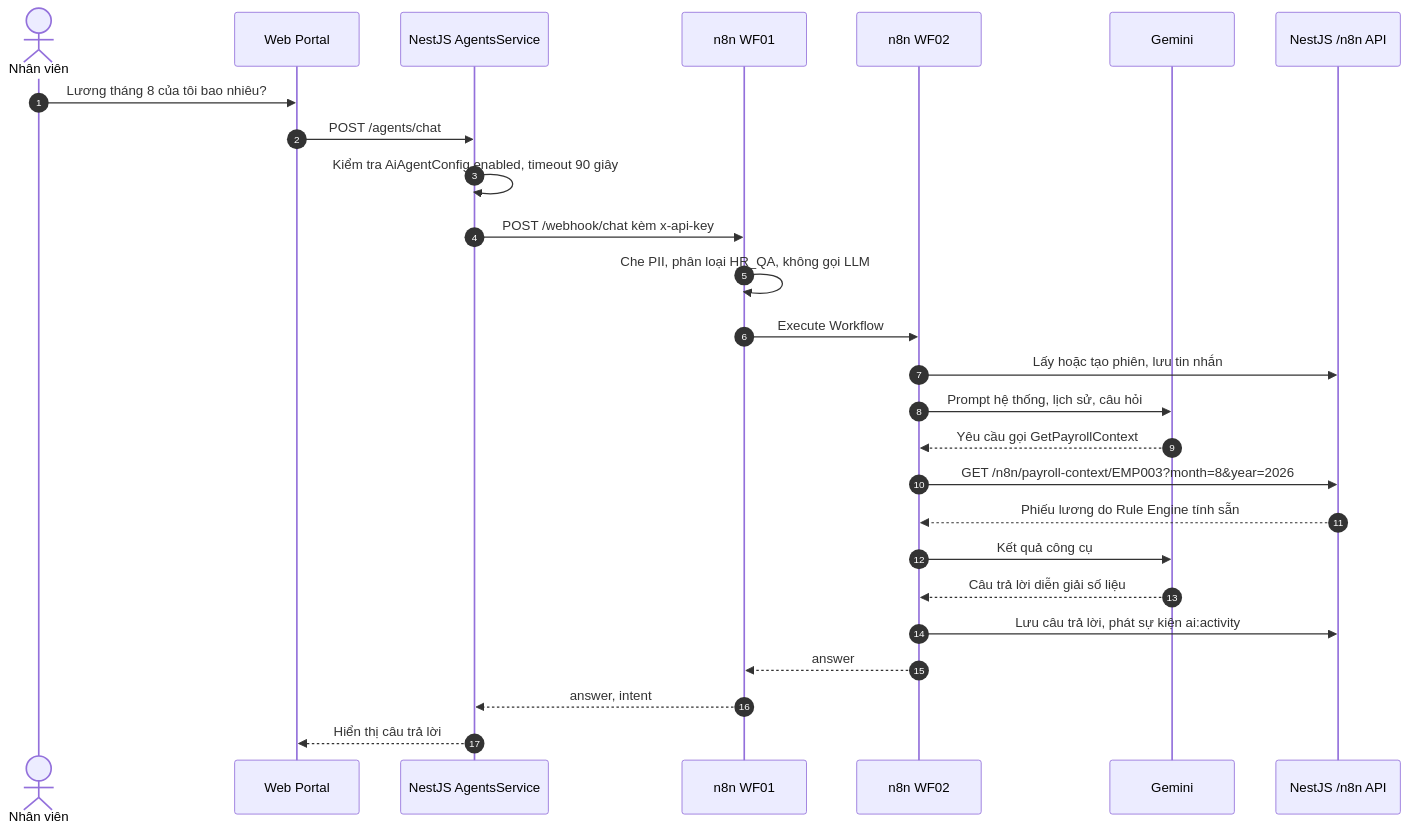
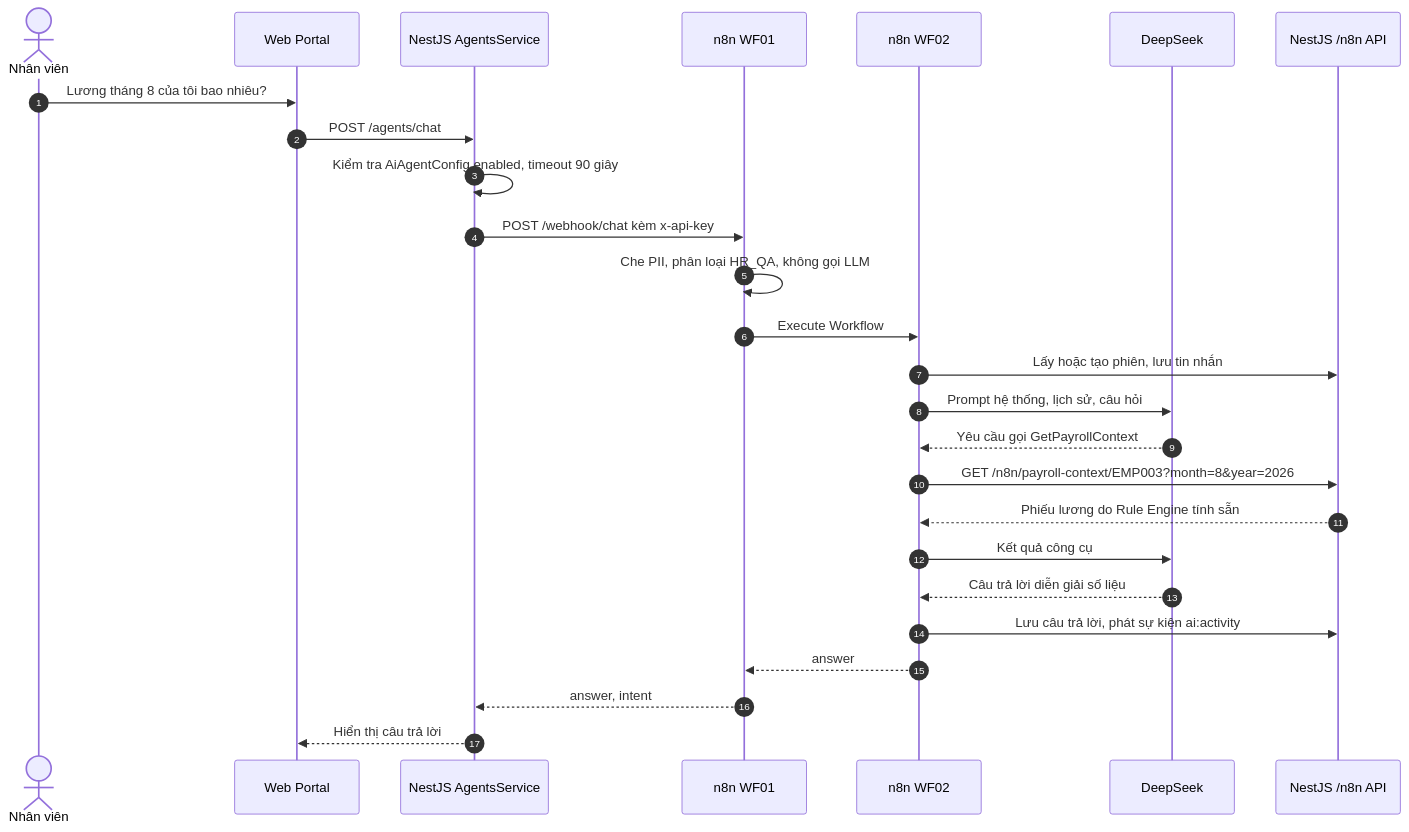
The diagram in docs/diagrams/H4-07-hr-chat.mmd (NguyenDang182005/khoa-luan), drawn with Mermaid before and after one commit. The commit also changed 306 other files, not shown here.

```diff
--- a/docs/diagrams/H4-07-hr-chat.mmd
+++ b/docs/diagrams/H4-07-hr-chat.mmd
@@ -1,26 +1,26 @@
 sequenceDiagram
   autonumber
   actor E as Nhân viên
   participant W as Web Portal
   participant A as NestJS AgentsService
   participant R as n8n WF01
   participant H as n8n WF02
-  participant G as Gemini
+  participant G as DeepSeek
   participant T as NestJS /n8n API
   E->>W: Lương tháng 8 của tôi bao nhiêu?
   W->>A: POST /agents/chat
   A->>A: Kiểm tra AiAgentConfig.enabled, timeout 90 giây
   A->>R: POST /webhook/chat kèm x-api-key
   R->>R: Che PII, phân loại HR_QA, không gọi LLM
   R->>H: Execute Workflow
   H->>T: Lấy hoặc tạo phiên, lưu tin nhắn
   H->>G: Prompt hệ thống, lịch sử, câu hỏi
   G-->>H: Yêu cầu gọi GetPayrollContext
   H->>T: GET /n8n/payroll-context/EMP003?month=8&year=2026
   T-->>H: Phiếu lương do Rule Engine tính sẵn
   H->>G: Kết quả công cụ
   G-->>H: Câu trả lời diễn giải số liệu
   H->>T: Lưu câu trả lời, phát sự kiện ai:activity
   H-->>R: answer
   R-->>A: answer, intent
   A-->>W: Hiển thị câu trả lời
```
